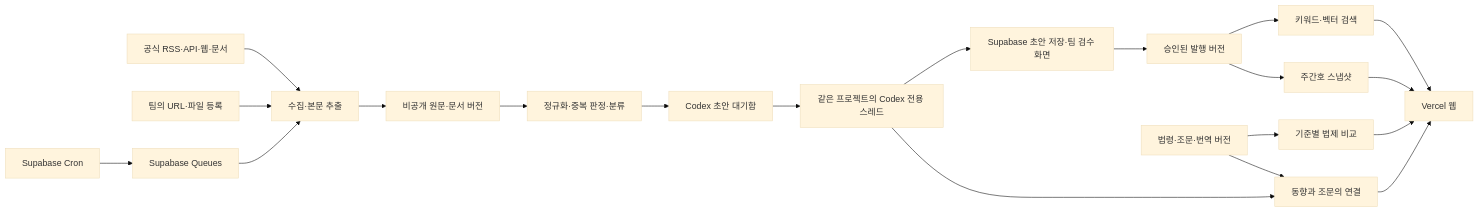
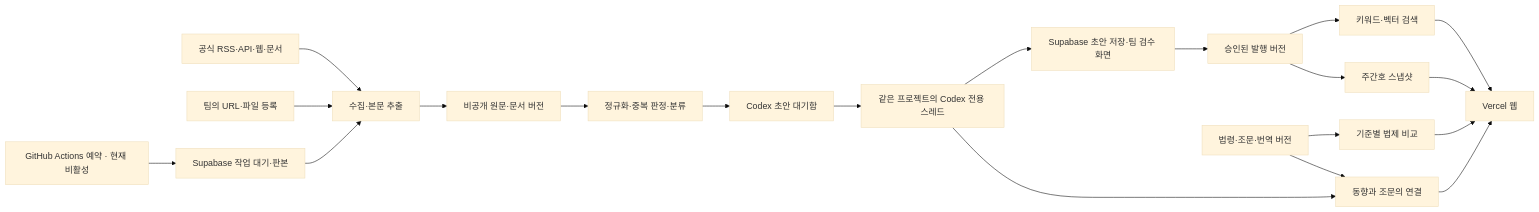
The first of 4 diagrams in architecture.md (parksunup/globaltrend), drawn with Mermaid (base theme) before and after one commit. The commit also changed other lines of this file and 48 other files, not shown here.

````diff
--- a/architecture.md
+++ b/architecture.md
@@ -76,22 +76,22 @@
 ```mermaid
 flowchart LR
     Sources[공식 RSS·API·웹·문서] --> Fetch[수집·본문 추출]
     Manual[팀의 URL·파일 등록] --> Fetch
-    Cron[Supabase Cron] --> Queue[Supabase Queues]
+    Cron[GitHub Actions 예약 · 현재 비활성] --> Queue[Supabase 작업 대기·판본]
     Queue --> Fetch
     Fetch --> Raw[비공개 원문·문서 버전]
     Raw --> Process[정규화·중복 판정·분류]
     Process --> DraftQueue[Codex 초안 대기함]
     DraftQueue --> Codex[같은 프로젝트의 Codex 전용 스레드]
     Codex --> Review[Supabase 초안 저장·팀 검수 화면]
     Review --> Published[승인된 발행 버전]
     Published --> Search[키워드·벡터 검색]
     Published --> Reports[주간호 스냅샷]
     Laws[법령·조문·번역 버전] --> Compare[기준별 법제 비교]
     Laws --> References[동향과 조문의 연결]
     Codex --> References
     Search --> Web[Vercel 웹]
     Reports --> Web
     Compare --> Web
     References --> Web
 ```
````
